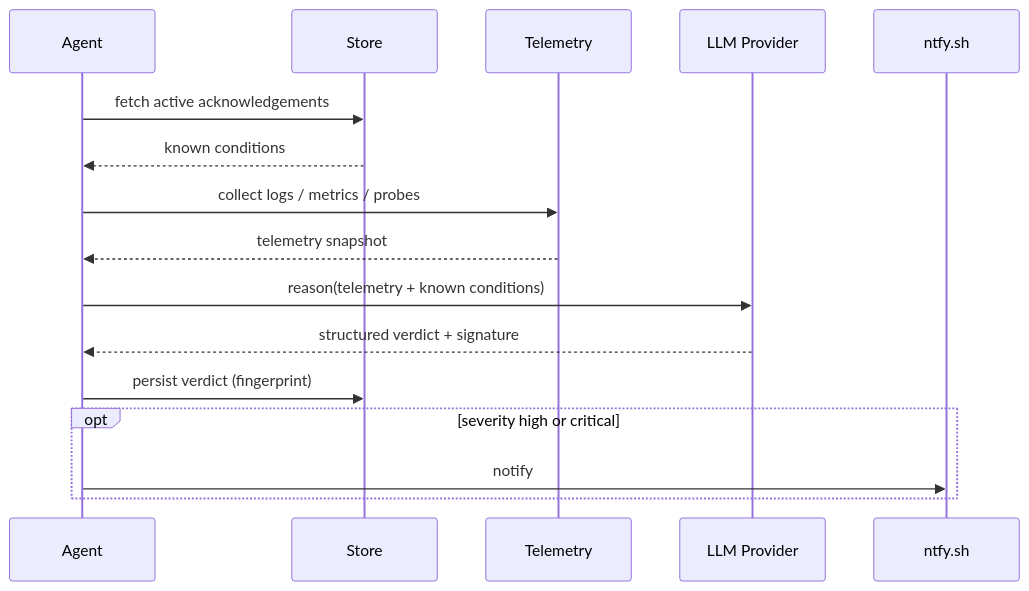
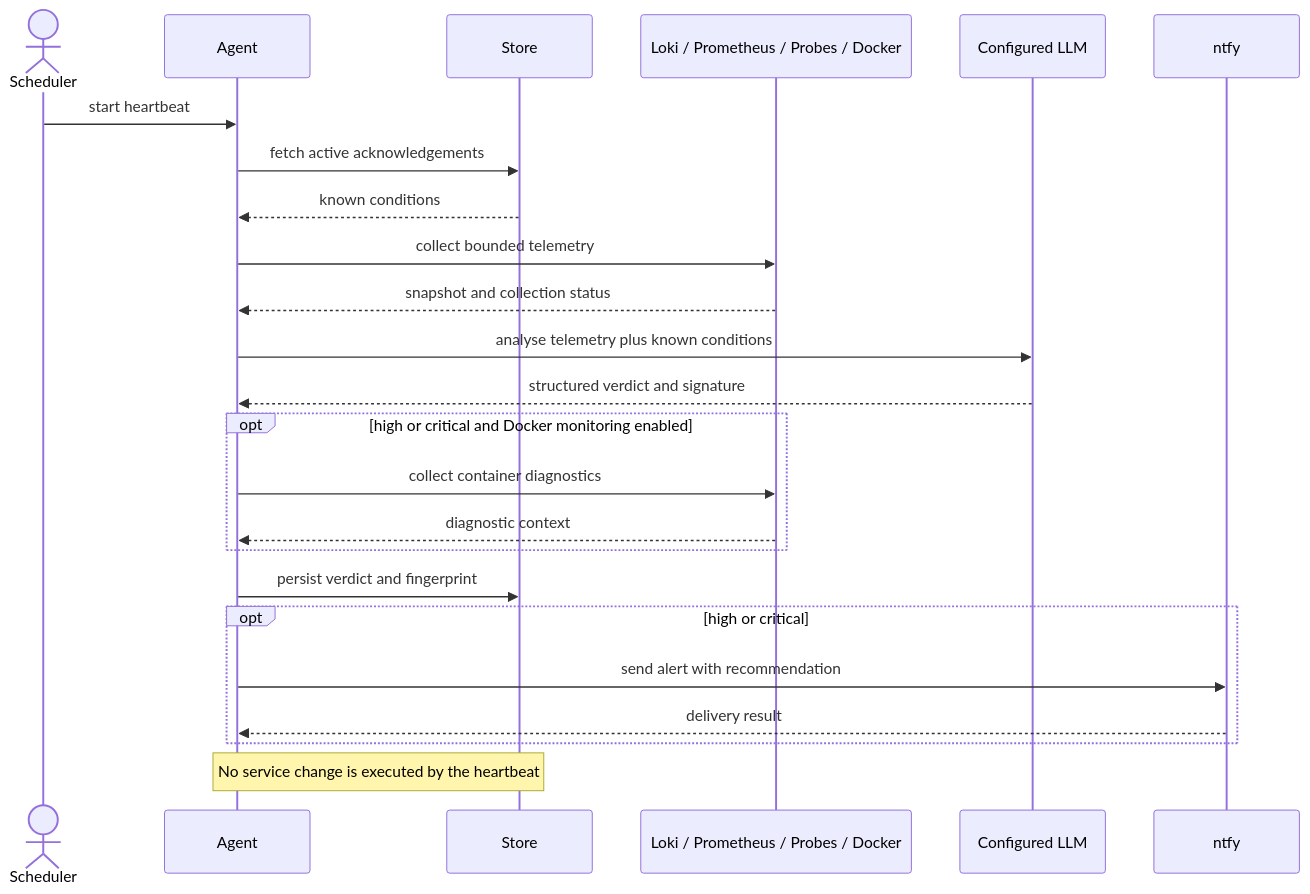
One commit to sagesta/infraguad_ai changed the diagram in docs/masters_project/figures/mermaid/fig_3_5_sequence.mmd. Above: the diagram before and after it, drawn with Mermaid. The commit also changed 171 other files, not shown here.

```diff
--- a/docs/masters_project/figures/mermaid/fig_3_5_sequence.mmd
+++ b/docs/masters_project/figures/mermaid/fig_3_5_sequence.mmd
@@ -1,19 +1,28 @@
-%% Figure 3.5 — Sequence Diagram (One Heartbeat Cycle)
-%% Appears in: Chapter 3, Section 3.4.3 (Sequence Diagram)
+%% Figure 3.5 — One Heartbeat Cycle
+%% Appears in: Chapter 3, Sequence Diagram
 %% Render to: ../fig_3_5_sequence.png
 sequenceDiagram
+  actor Scheduler
   participant Agent
   participant Store
-  participant Telemetry
-  participant LLM as LLM Provider
-  participant Ntfy as ntfy.sh
+  participant Sources as Loki / Prometheus / Probes / Docker
+  participant Model as Configured LLM
+  participant Ntfy as ntfy
+
+  Scheduler->>Agent: start heartbeat
   Agent->>Store: fetch active acknowledgements
   Store-->>Agent: known conditions
-  Agent->>Telemetry: collect logs / metrics / probes
-  Telemetry-->>Agent: telemetry snapshot
-  Agent->>LLM: reason(telemetry + known conditions)
-  LLM-->>Agent: structured verdict + signature
-  Agent->>Store: persist verdict (fingerprint)
-  opt severity high or critical
-    Agent->>Ntfy: notify
+  Agent->>Sources: collect bounded telemetry
+  Sources-->>Agent: snapshot and collection status
+  Agent->>Model: analyse telemetry plus known conditions
+  Model-->>Agent: structured verdict and signature
+  opt high or critical and Docker monitoring enabled
+    Agent->>Sources: collect container diagnostics
+    Sources-->>Agent: diagnostic context
   end
+  Agent->>Store: persist verdict and fingerprint
+  opt high or critical
+    Agent->>Ntfy: send alert with recommendation
+    Ntfy-->>Agent: delivery result
+  end
+  Note over Agent,Store: No service change is executed by the heartbeat
```
